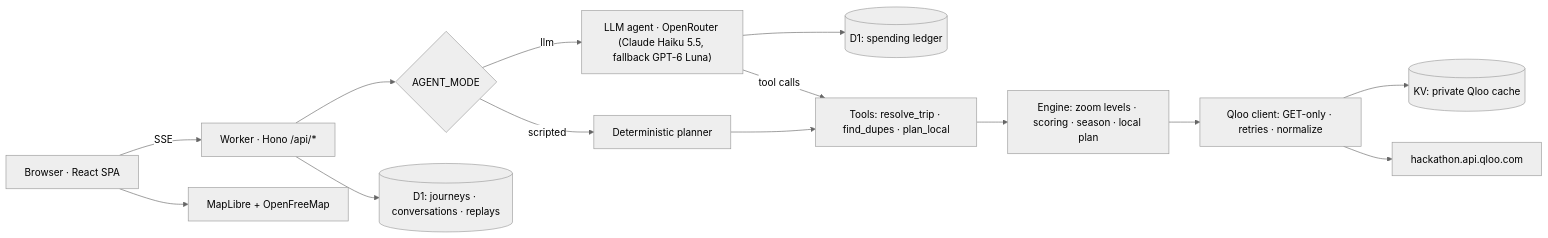
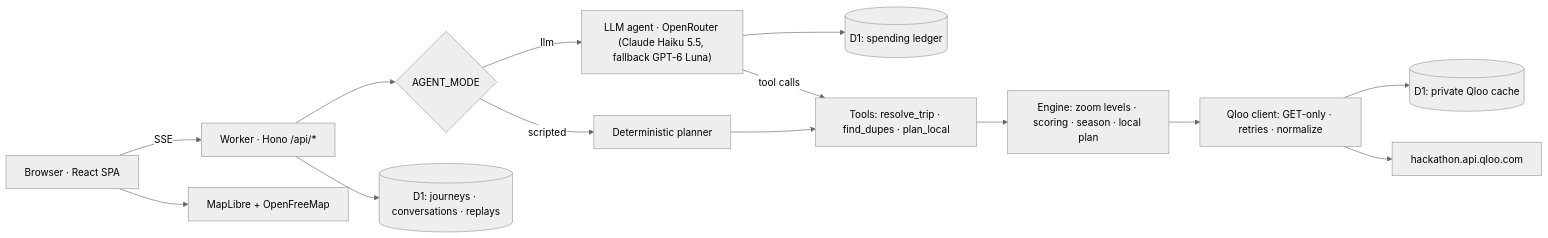
The diagram in docs/ARCHITECTURE.md (zicheng-yu/elsewhere), drawn with Mermaid (neutral theme) before and after one commit. The commit also changed other lines of this file and 13 other files, not shown here.

````diff
--- a/docs/ARCHITECTURE.md
+++ b/docs/ARCHITECTURE.md
@@ -5,16 +5,16 @@
 ```mermaid
 flowchart LR
   U["Browser · React SPA"] -- "SSE" --> W["Worker · Hono /api/*"]
   W --> P{"AGENT_MODE"}
   P -- "scripted" --> S["Deterministic planner"]
   P -- "llm" --> C["LLM agent · OpenRouter (Claude Haiku 5.5, fallback GPT-6 Luna)"]
   C --> B[("D1: spending ledger")]
   S --> T["Tools: resolve_trip · find_dupes · plan_local"]
   C -- "tool calls" --> T
   T --> E["Engine: zoom levels · scoring · season · local plan"]
   E --> Q["Qloo client: GET-only · retries · normalize"]
-  Q --> K[("KV: private Qloo cache")]
+  Q --> K[("D1: private Qloo cache")]
   Q --> H["hackathon.api.qloo.com"]
   W --> D[("D1: journeys · conversations · replays")]
   U --> M["MapLibre + OpenFreeMap"]
 ```
````
